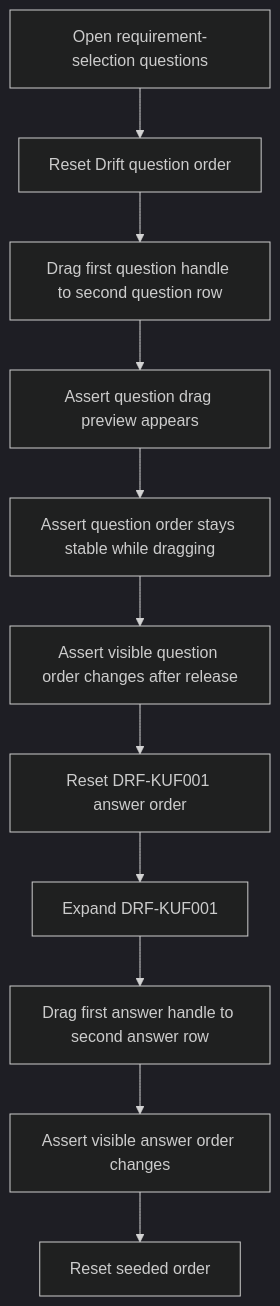
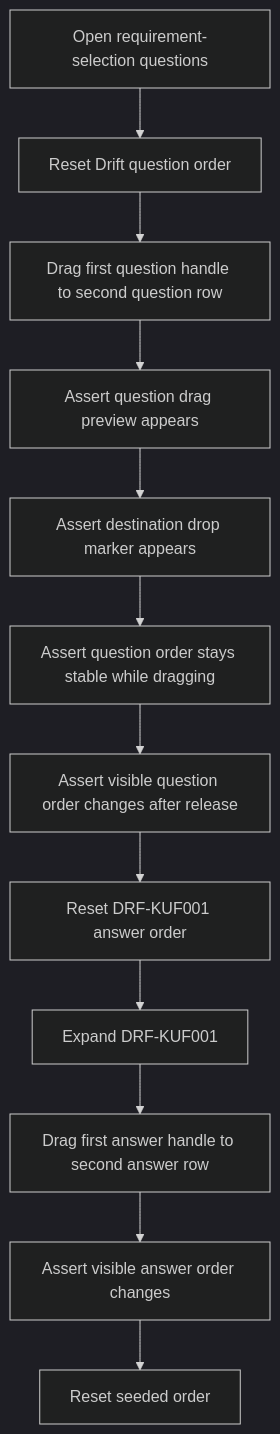
One commit to viscalyx/Kravhantering changed the first of 2 diagrams in tests/integration/requirement-selection-answer-dnd.md. Above: the diagram before and after it, drawn with Mermaid (dark theme). The commit also changed other lines of this file and 3 other files, not shown here.

Commit message:
feat: add drop marker functionality for drag-and-drop interactions and update related tests

````diff
--- a/tests/integration/requirement-selection-answer-dnd.md
+++ b/tests/integration/requirement-selection-answer-dnd.md
@@ -13,13 +13,14 @@
 ```mermaid
 flowchart TD
     A[Open requirement-selection questions] --> B[Reset Drift question order]
     B --> C[Drag first question handle to second question row]
     C --> D[Assert question drag preview appears]
-    D --> E[Assert question order stays stable while dragging]
-    E --> F[Assert visible question order changes after release]
-    F --> G[Reset DRF-KUF001 answer order]
-    G --> H[Expand DRF-KUF001]
-    H --> I[Drag first answer handle to second answer row]
-    I --> J[Assert visible answer order changes]
-    J --> K[Reset seeded order]
+    D --> E[Assert destination drop marker appears]
+    E --> F[Assert question order stays stable while dragging]
+    F --> G[Assert visible question order changes after release]
+    G --> H[Reset DRF-KUF001 answer order]
+    H --> I[Expand DRF-KUF001]
+    I --> J[Drag first answer handle to second answer row]
+    J --> K[Assert visible answer order changes]
+    K --> L[Reset seeded order]
 ```
````
